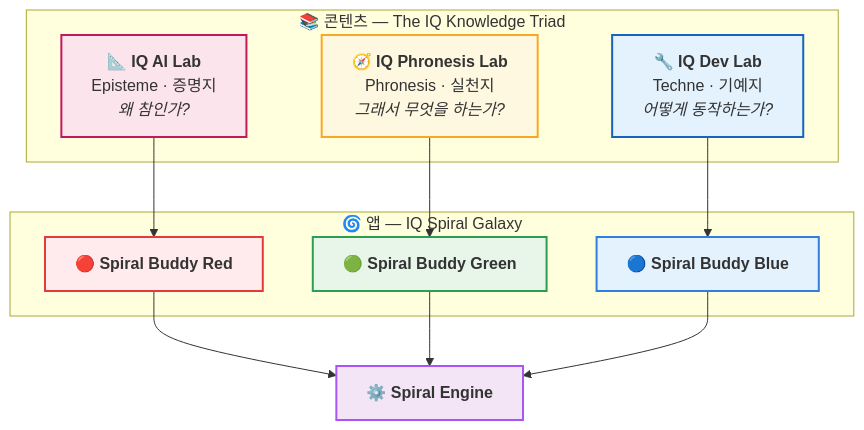
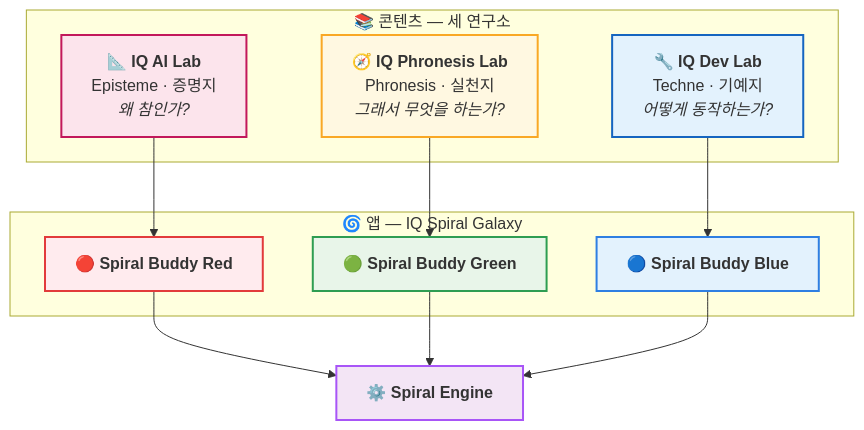
The first of 2 diagrams in profile/README.md (iq-spiral-galaxy/.github), drawn with Mermaid before and after one commit. The commit also changed other lines of this file, not shown here.

First line of the commit message:
Trim profile README copy and drop non-existent Triad name

````diff
--- a/profile/README.md
+++ b/profile/README.md
@@ -48,32 +47,32 @@
 ```mermaid
 graph TD
-    subgraph CONTENT["📚 콘텐츠 — The IQ Knowledge Triad"]
+    subgraph CONTENT["📚 콘텐츠 — 세 연구소"]
         AILAB["📐 <b>IQ AI Lab</b><br/>Episteme · 증명지<br/><i>왜 참인가?</i>"]
         DEVLAB["🔧 <b>IQ Dev Lab</b><br/>Techne · 기예지<br/><i>어떻게 동작하는가?</i>"]
         PHRLAB["🧭 <b>IQ Phronesis Lab</b><br/>Phronesis · 실천지<br/><i>그래서 무엇을 하는가?</i>"]
     end
 
     subgraph APPS["🌀 앱 — IQ Spiral Galaxy"]
         RED["🔴 <b>Spiral Buddy Red</b>"]
         GREEN["🟢 <b>Spiral Buddy Green</b>"]
         BLUE["🔵 <b>Spiral Buddy Blue</b>"]
     end
 
     ENGINE["⚙️ <b>Spiral Engine</b>"]
 
     AILAB --> RED
     DEVLAB --> BLUE
     PHRLAB --> GREEN
 
     RED --> ENGINE
     GREEN --> ENGINE
     BLUE --> ENGINE
 
     style AILAB fill:#fce4ec,stroke:#c2185b,stroke-width:2px
     style DEVLAB fill:#e3f2fd,stroke:#1565c0,stroke-width:2px
     style PHRLAB fill:#fff8e1,stroke:#f9a825,stroke-width:2px
     style RED fill:#ffebee,stroke:#e23b3b,stroke-width:2px
     style GREEN fill:#e8f5e9,stroke:#2e9d52,stroke-width:2px
     style BLUE fill:#e3f2fd,stroke:#2f7fe2,stroke-width:2px
     style ENGINE fill:#f3e5f5,stroke:#a855f7,stroke-width:2px
 ```
````
